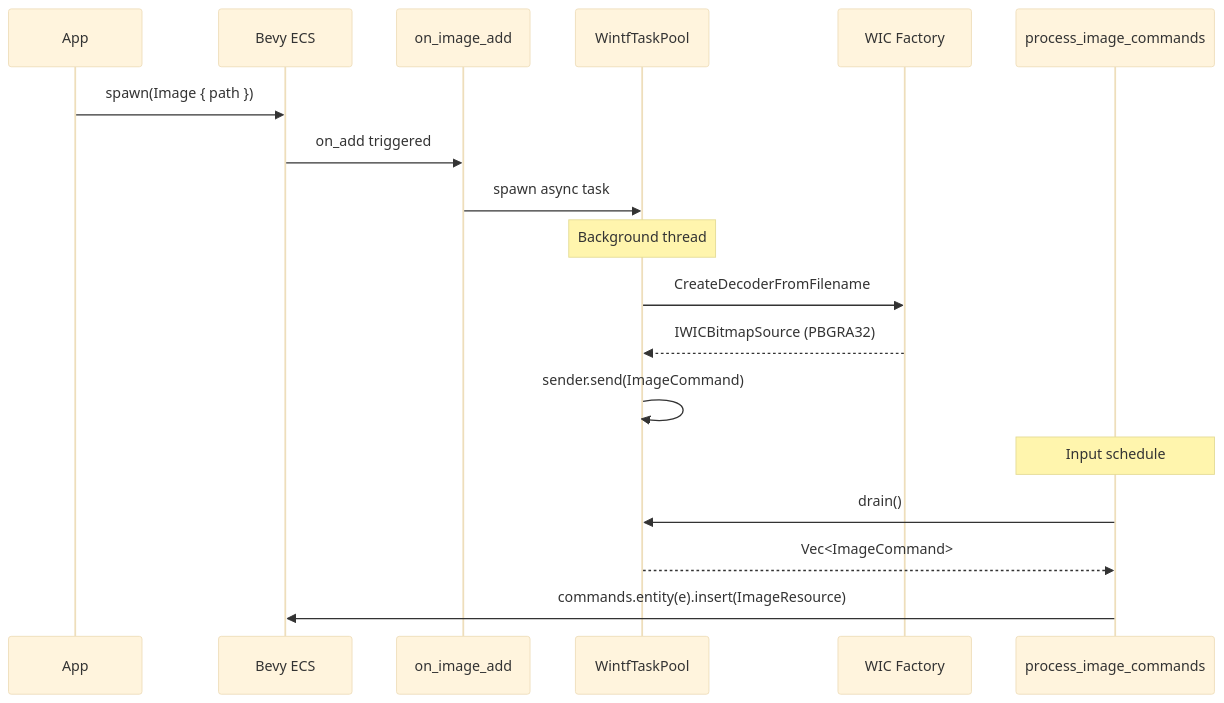
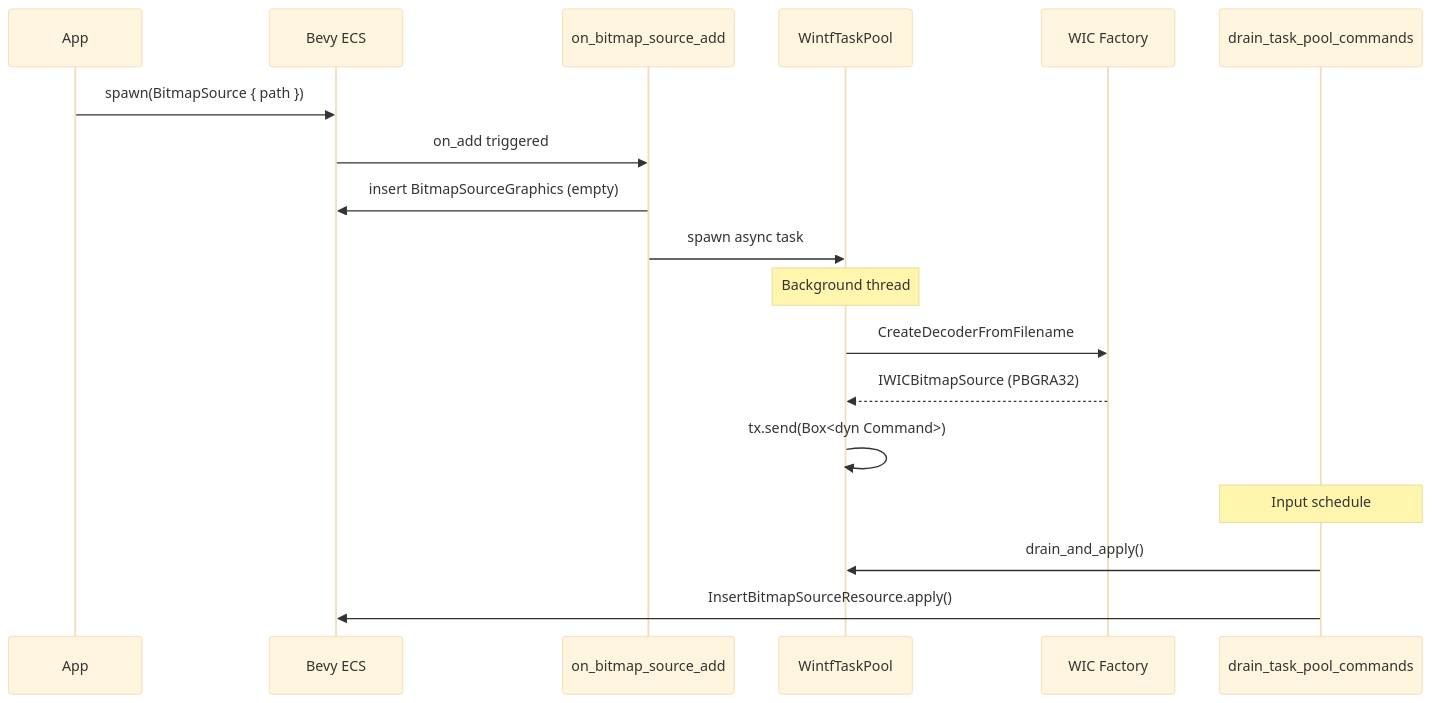
The third of 6 diagrams in .kiro/specs/wintf-P0-image-widget/design.md (ekicyou/dcomp_sample-rs), drawn with Mermaid (base theme) before and after one commit. The commit also changed other lines of this file and 1 other file, not shown here.

First line of the commit message:
docs(spec): Image → BitmapSource にリネーム、on_add で BitmapSourceGraphics 生成

````diff
--- a/.kiro/specs/wintf-P0-image-widget/design.md
+++ b/.kiro/specs/wintf-P0-image-widget/design.md
@@ -136,22 +138,22 @@
 ```mermaid
 sequenceDiagram
     participant App
     participant ECS as Bevy ECS
-    participant Hook as on_image_add
+    participant Hook as on_bitmap_source_add
     participant TP as WintfTaskPool
     participant WIC as WIC Factory
-    participant Sys as process_image_commands
+    participant Sys as drain_task_pool_commands
     
-    App->>ECS: spawn(Image { path })
+    App->>ECS: spawn(BitmapSource { path })
     ECS->>Hook: on_add triggered
+    Hook->>ECS: insert BitmapSourceGraphics (empty)
     Hook->>TP: spawn async task
     Note over TP: Background thread
     TP->>WIC: CreateDecoderFromFilename
     WIC-->>TP: IWICBitmapSource (PBGRA32)
-    TP->>TP: sender.send(ImageCommand)
+    TP->>TP: tx.send(Box<dyn Command>)
     
     Note over Sys: Input schedule
-    Sys->>TP: drain()
-    TP-->>Sys: Vec<ImageCommand>
-    Sys->>ECS: commands.entity(e).insert(ImageResource)
+    Sys->>TP: drain_and_apply()
+    Sys->>ECS: InsertBitmapSourceResource.apply()
 ```
````
